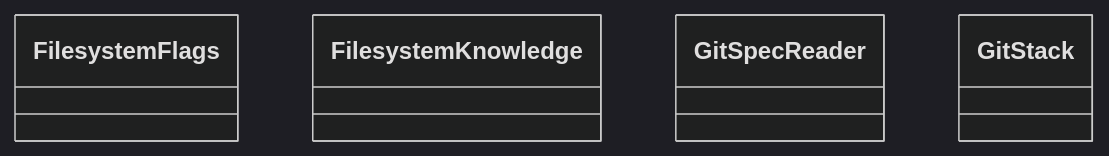
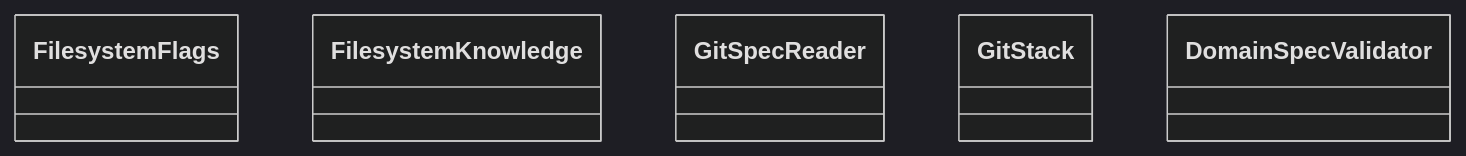
One commit to GonzaloZevallos/agentic-system changed the diagram in docs/architecture/generated/classes-knowledge-adapters-all.md. Above: the diagram before and after it, drawn with Mermaid (dark theme). The commit also changed 26 other files, not shown here.

First line of the commit message:
Add the unwired spec seam: SpecValidator port, spec_refusal key and route helpers

````diff
--- a/docs/architecture/generated/classes-knowledge-adapters-all.md
+++ b/docs/architecture/generated/classes-knowledge-adapters-all.md
@@ -5,7 +5,8 @@
 ```mermaid
 classDiagram
     class filesystem__flags__FilesystemFlags["FilesystemFlags"]
     class filesystem__knowledge__FilesystemKnowledge["FilesystemKnowledge"]
     class git__spec_reader__GitSpecReader["GitSpecReader"]
     class git__stack__GitStack["GitStack"]
+    class spec_validator__DomainSpecValidator["DomainSpecValidator"]
 ```
````
